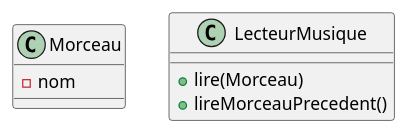
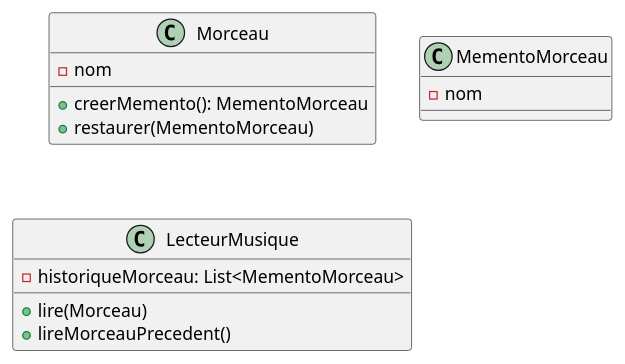
One commit to jandry/design-pattern changed the diagram in src/uml/memento.puml. Above: the diagram before and after it, drawn with PlantUML. The commit also changed 3 other files, not shown here.

```diff
--- a/src/uml/memento.puml
+++ b/src/uml/memento.puml
@@ -1,12 +1,19 @@
 @startuml Todo
 
 class Morceau {
     - nom
+    + creerMemento(): MementoMorceau
+    + restaurer(MementoMorceau)
+}
+
+class MementoMorceau {
+    - nom
 }
 
 class LecteurMusique {
+    - historiqueMorceau: List<MementoMorceau>
     + lire(Morceau)
     + lireMorceauPrecedent()
 }
 
 @enduml
```
